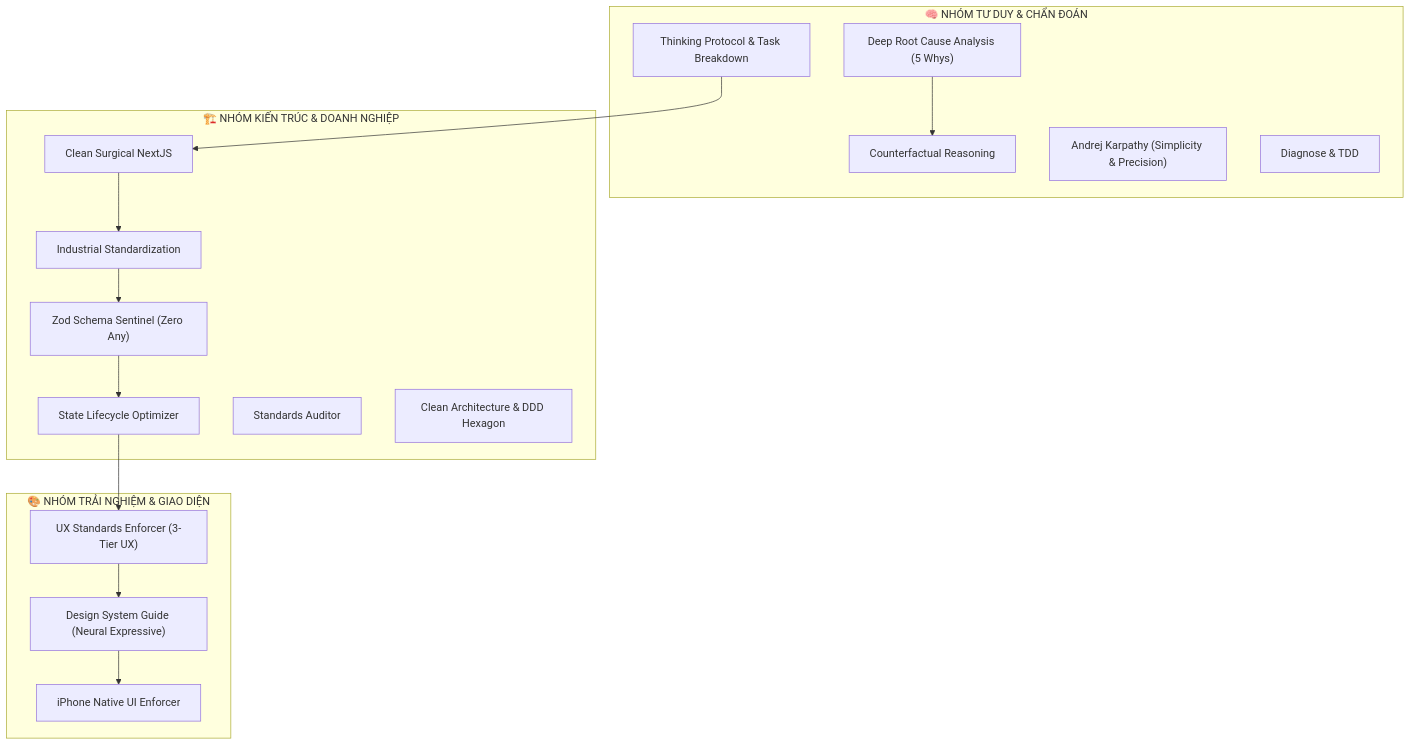
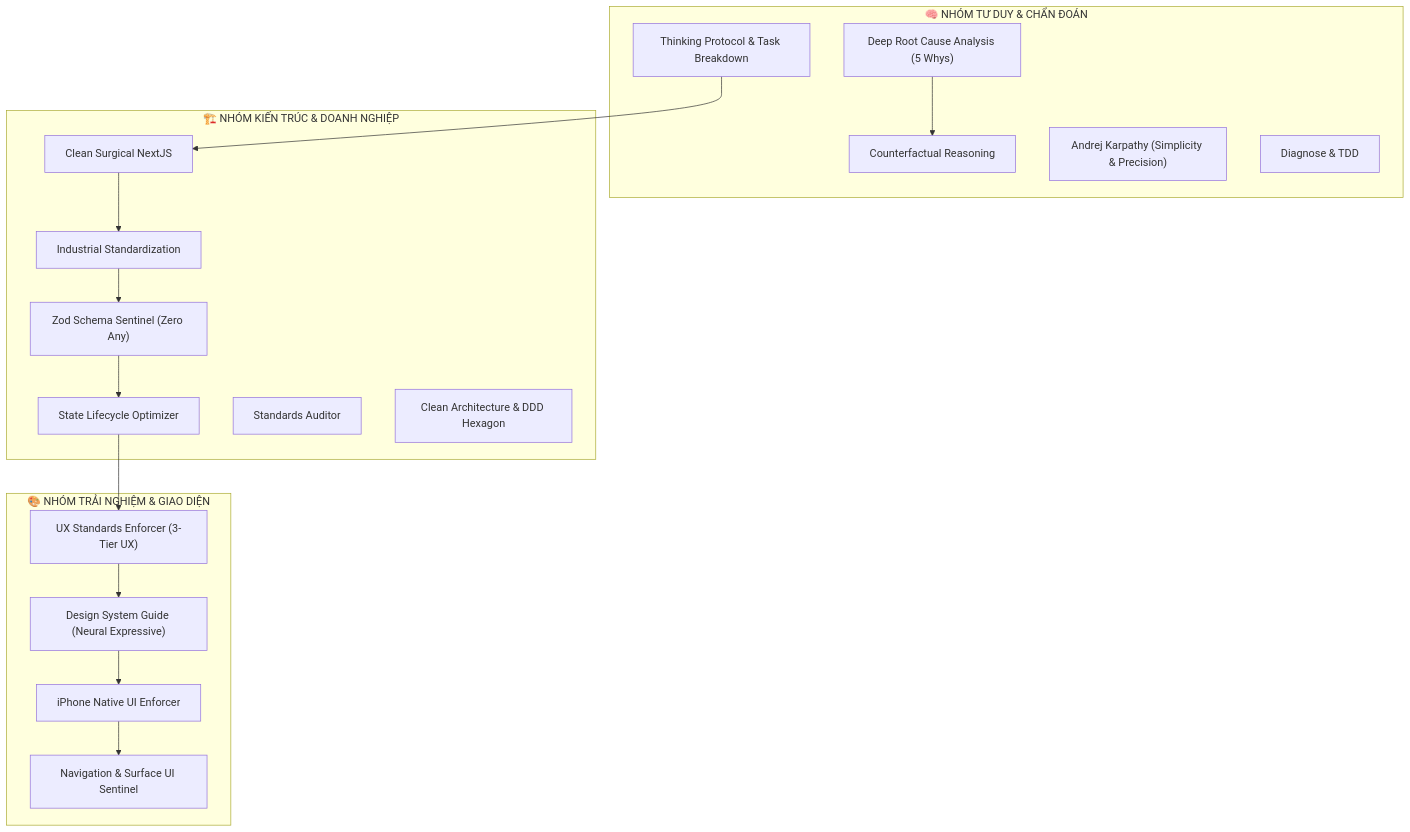
One commit to hoaivu015/vehicle-management changed the diagram in .agents/skills/SKILLS_MANUAL.md. Above: the diagram before and after it, drawn with Mermaid. The commit also changed other lines of this file and 28 other files, not shown here.

````diff
--- a/.agents/skills/SKILLS_MANUAL.md
+++ b/.agents/skills/SKILLS_MANUAL.md
@@ -20,38 +22,40 @@
 ```mermaid
 graph TD
     %% Nhóm Tư duy & Chẩn đoán
     subgraph "🧠 NHÓM TƯ DUY & CHẨN ĐOÁN"
         TP["Thinking Protocol & Task Breakdown"]
         CR["Counterfactual Reasoning"]
         RC["Deep Root Cause Analysis (5 Whys)"]
         KP["Andrej Karpathy (Simplicity & Precision)"]
         DG["Diagnose & TDD"]
     end
 
     %% Nhóm Kiến trúc & Doanh nghiệp
     subgraph "🏗️ NHÓM KIẾN TRÚC & DOANH NGHIỆP"
         CS["Clean Surgical NextJS"]
         IS["Industrial Standardization"]
         ZS["Zod Schema Sentinel (Zero Any)"]
         SO["State Lifecycle Optimizer"]
         SA["Standards Auditor"]
         CA["Clean Architecture & DDD Hexagon"]
     end
 
     %% Nhóm Trải nghiệm & Giao diện
     subgraph "🎨 NHÓM TRẢI NGHIỆM & GIAO DIỆN"
         UX["UX Standards Enforcer (3-Tier UX)"]
         DS["Design System Guide (Neural Expressive)"]
         IP["iPhone Native UI Enforcer"]
+        NV["Navigation & Surface UI Sentinel"]
     end
 
     %% Luồng phối hợp
     TP --> CS
     RC --> CR
     CS --> IS
     IS --> ZS
     ZS --> SO
     SO --> UX
     UX --> DS
     DS --> IP
+    IP --> NV
 ```
````
